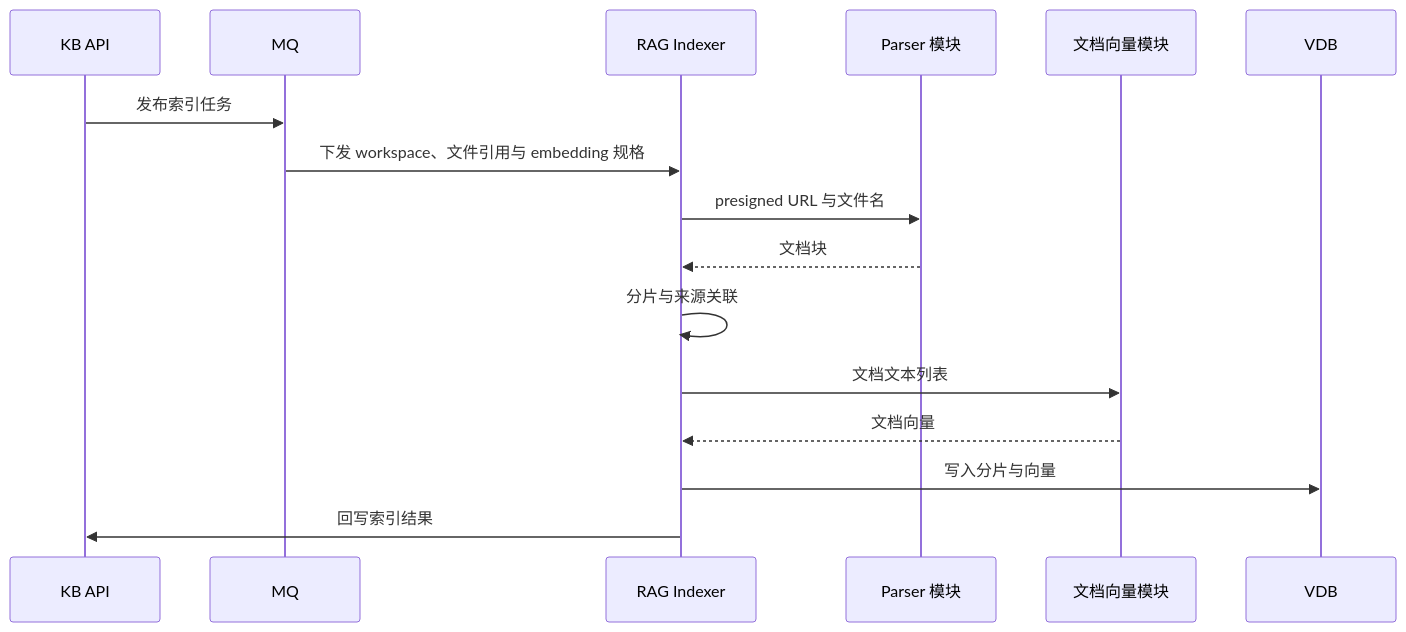
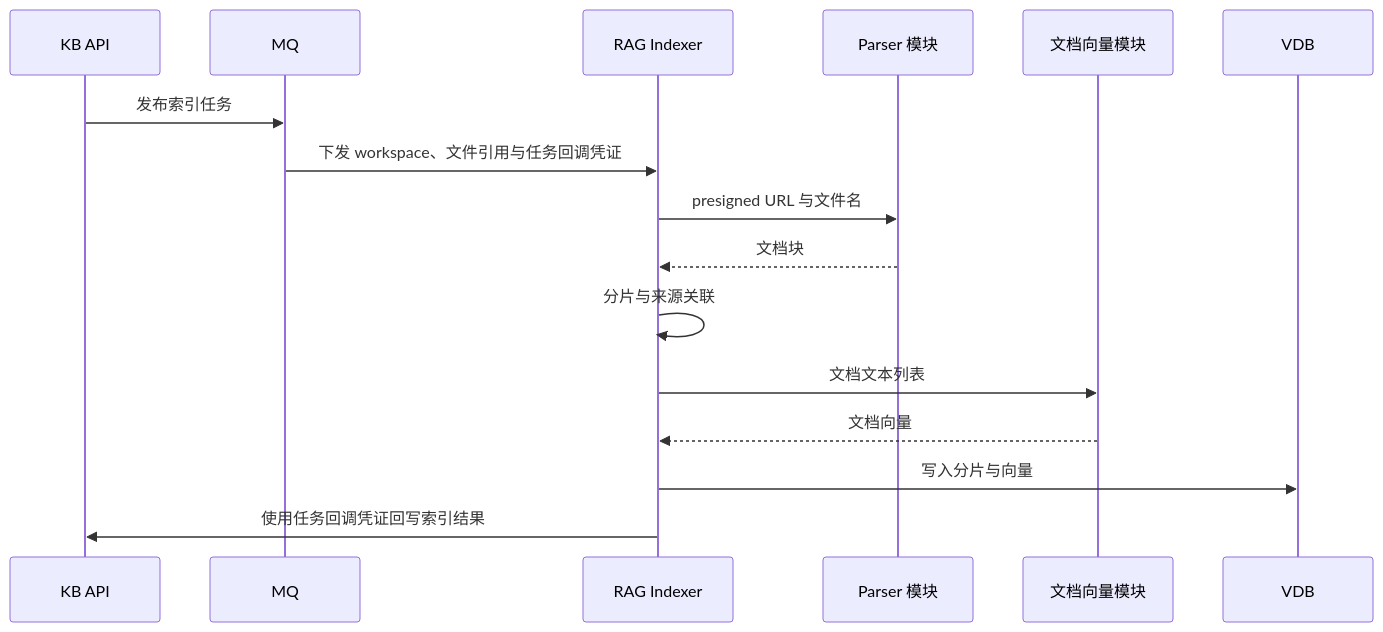
Before and after one commit to guobinqiu/kb: the second of 3 diagrams in docs/architecture.md, drawn with Mermaid. The commit also changed other lines of this file and 84 other files, not shown here.

````diff
--- a/docs/architecture.md
+++ b/docs/architecture.md
@@ -48,18 +61,18 @@
 ```mermaid
 sequenceDiagram
     participant K as KB API
     participant Q as MQ
     participant R as RAG Indexer
     participant P as Parser 模块
     participant I as 文档向量模块
     participant V as VDB
     K->>Q: 发布索引任务
-    Q->>R: 下发 workspace、文件引用与 embedding 规格
+    Q->>R: 下发 workspace、文件引用与任务回调凭证
     R->>P: presigned URL 与文件名
     P-->>R: 文档块
     R->>R: 分片与来源关联
     R->>I: 文档文本列表
     I-->>R: 文档向量
     R->>V: 写入分片与向量
-    R->>K: 回写索引结果
+    R->>K: 使用任务回调凭证回写索引结果
 ```
````
